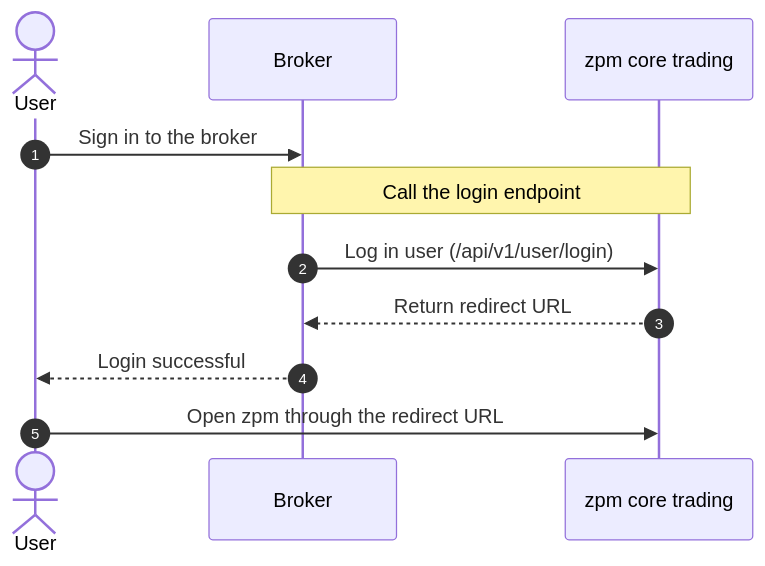
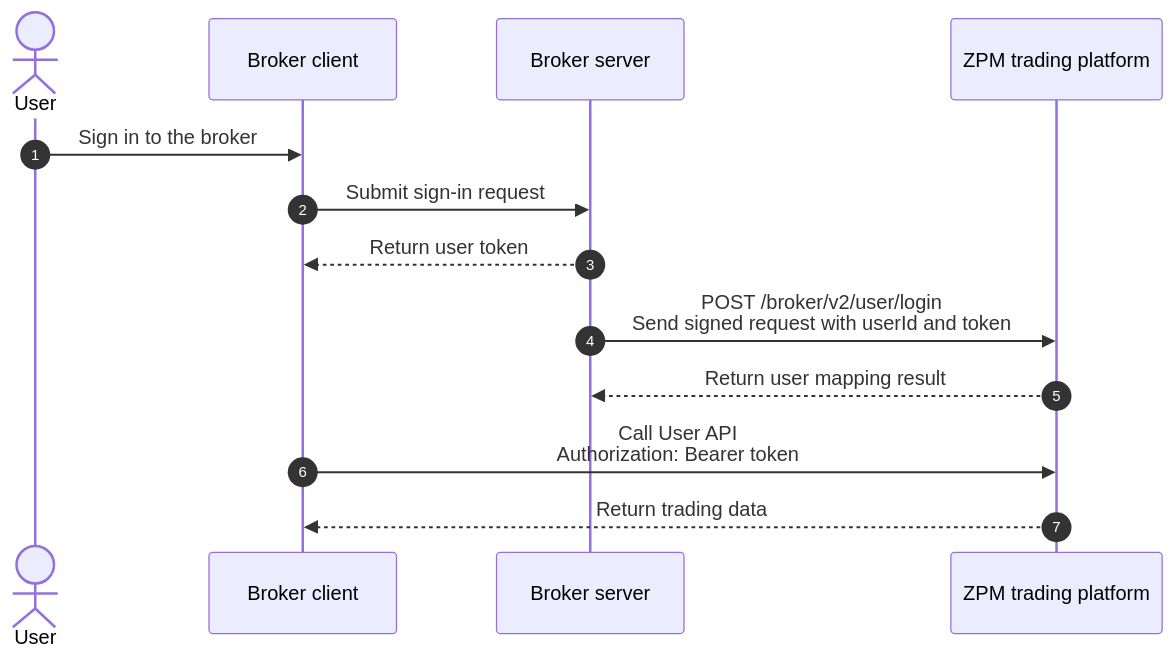
Before and after one commit to topblast-trade/docs: the diagram in en/guide/introduction.mdx, drawn with Mermaid. The commit also changed other lines of this file and 96 other files, not shown here.

````diff
--- a/en/guide/introduction.mdx
+++ b/en/guide/introduction.mdx
@@ -17,14 +43,16 @@
 ```mermaid
 sequenceDiagram
     autonumber
     actor User
-    participant Broker
-    participant zpm as zpm core trading
+    participant Client as Broker client
+    participant Broker as Broker server
+    participant ZPM as ZPM trading platform
 
-    User->>Broker: Sign in to the broker
-    Note over Broker, zpm: Call the login endpoint
-    Broker->>zpm: Log in user (/api/v1/user/login)
-    zpm-->>Broker: Return redirect URL
-    Broker-->>User: Login successful
-    User->>zpm: Open zpm through the redirect URL
+    User->>Client: Sign in to the broker
+    Client->>Broker: Submit sign-in request
+    Broker-->>Client: Return user token
+    Broker->>ZPM: POST /broker/v2/user/login<br/>Send signed request with userId and token
+    ZPM-->>Broker: Return user mapping result
+    Client->>ZPM: Call User API<br/>Authorization: Bearer token
+    ZPM-->>Client: Return trading data
 ```
````
